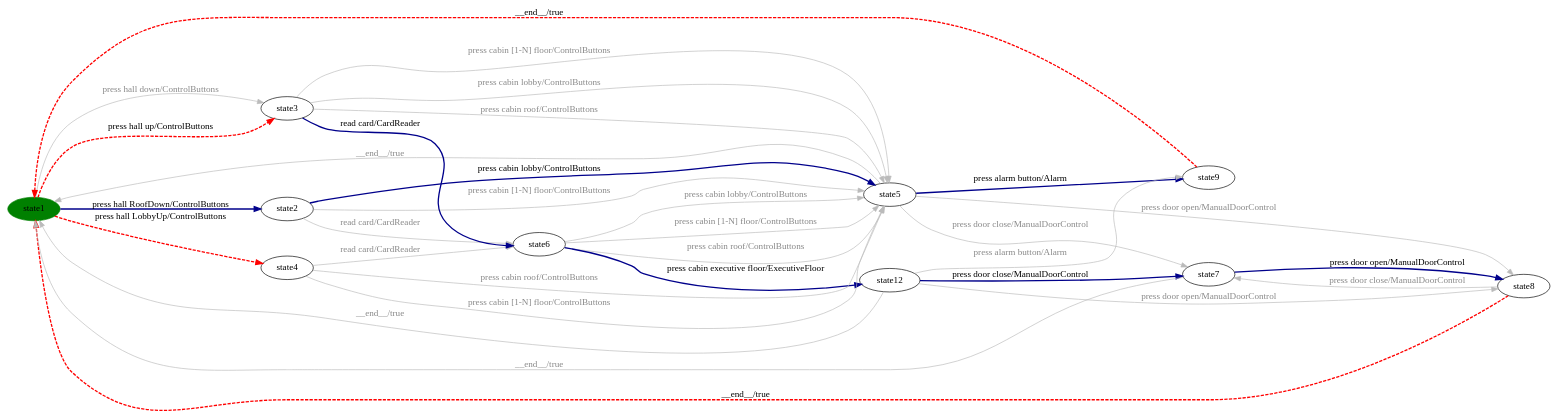
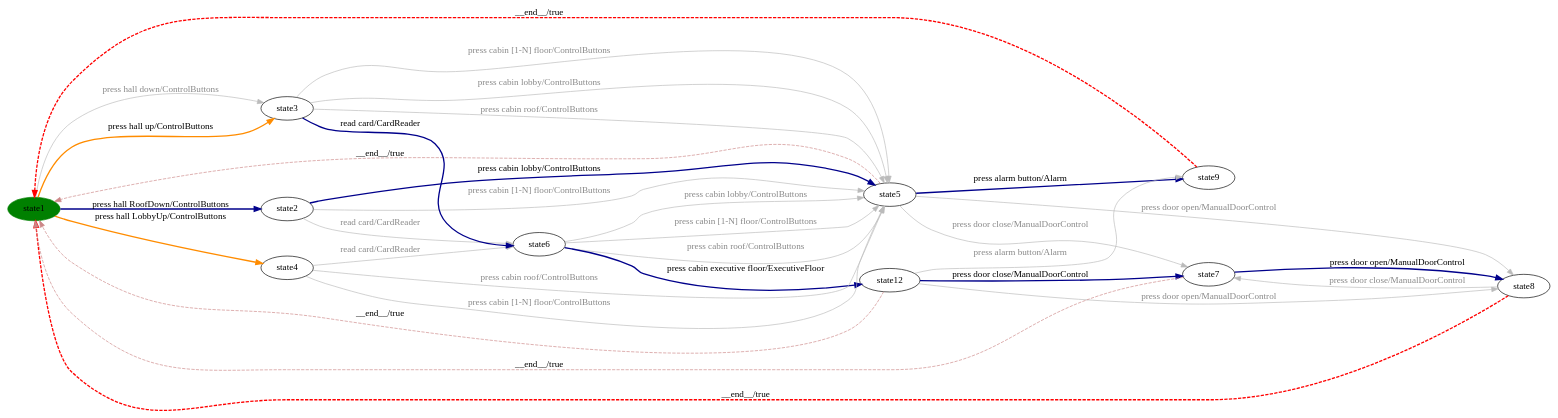
One commit to dilekozturk93/vibes changed the diagram in milestone-reports/per-product-all-states/Elevator/Elevator-product34-walk.dot. Above: the diagram before and after it, drawn with Graphviz. The commit also changed 152 other files, not shown here.

```diff
--- a/milestone-reports/per-product-all-states/Elevator/Elevator-product34-walk.dot
+++ b/milestone-reports/per-product-all-states/Elevator/Elevator-product34-walk.dot
@@ -1,44 +1,44 @@
 digraph G {
 rankdir=LR;
 state0[ label = "state1", style=filled, color=green ];
 state1 [ label = "state9" ];
 state2 [ label = "state6" ];
 state3 [ label = "state5" ];
 state4 [ label = "state12" ];
 state5 [ label = "state8" ];
 state6 [ label = "state7" ];
 state7 [ label = "state2" ];
 state8 [ label = "state4" ];
 state9 [ label = "state3" ];
 state0 -> state7 [ label=" press hall RoofDown/ControlButtons ", style=bold, color=darkblue, penwidth=2 ];
 state4 -> state1 [ label=" press alarm button/Alarm ", color="#bbbbbb", fontcolor="#888888" ];
 state8 -> state3 [ label=" press cabin roof/ControlButtons ", color="#bbbbbb", fontcolor="#888888" ];
 state4 -> state6 [ label=" press door close/ManualDoorControl ", style=bold, color=darkblue, penwidth=2 ];
 state3 -> state1 [ label=" press alarm button/Alarm ", style=bold, color=darkblue, penwidth=2 ];
 state8 -> state3 [ label=" press cabin [1-N] floor/ControlButtons ", color="#bbbbbb", fontcolor="#888888" ];
 state3 -> state5 [ label=" press door open/ManualDoorControl ", color="#bbbbbb", fontcolor="#888888" ];
 state8 -> state2 [ label=" read card/CardReader ", color="#bbbbbb", fontcolor="#888888" ];
 state3 -> state6 [ label=" press door close/ManualDoorControl ", color="#bbbbbb", fontcolor="#888888" ];
-state6 -> state0 [ label=" __end__/true ", color="#bbbbbb", fontcolor="#888888" ];
+state6 -> state0 [ label=" __end__/true ", style=dashed, color="#cc8888" ];
 state7 -> state3 [ label=" press cabin lobby/ControlButtons ", style=bold, color=darkblue, penwidth=2 ];
 state9 -> state3 [ label=" press cabin [1-N] floor/ControlButtons ", color="#bbbbbb", fontcolor="#888888" ];
 state4 -> state5 [ label=" press door open/ManualDoorControl ", color="#bbbbbb", fontcolor="#888888" ];
 state2 -> state3 [ label=" press cabin lobby/ControlButtons ", color="#bbbbbb", fontcolor="#888888" ];
 state2 -> state3 [ label=" press cabin [1-N] floor/ControlButtons ", color="#bbbbbb", fontcolor="#888888" ];
 state2 -> state4 [ label=" press cabin executive floor/ExecutiveFloor ", style=bold, color=darkblue, penwidth=2 ];
 state1 -> state0 [ label=" __end__/true ", style=dashed, color=red, penwidth=2 ];
-state0 -> state9 [ label=" press hall up/ControlButtons ", style=dashed, color=red, penwidth=2 ];
+state0 -> state9 [ label=" press hall up/ControlButtons ", style=bold, color=darkorange, penwidth=2 ];
 state5 -> state6 [ label=" press door close/ManualDoorControl ", color="#bbbbbb", fontcolor="#888888" ];
 state9 -> state2 [ label=" read card/CardReader ", style=bold, color=darkblue, penwidth=2 ];
 state7 -> state3 [ label=" press cabin [1-N] floor/ControlButtons ", color="#bbbbbb", fontcolor="#888888" ];
 state2 -> state3 [ label=" press cabin roof/ControlButtons ", color="#bbbbbb", fontcolor="#888888" ];
 state5 -> state0 [ label=" __end__/true ", style=dashed, color=red, penwidth=2 ];
 state9 -> state3 [ label=" press cabin lobby/ControlButtons ", color="#bbbbbb", fontcolor="#888888" ];
-state4 -> state0 [ label=" __end__/true ", color="#bbbbbb", fontcolor="#888888" ];
+state4 -> state0 [ label=" __end__/true ", style=dashed, color="#cc8888" ];
 state9 -> state3 [ label=" press cabin roof/ControlButtons ", color="#bbbbbb", fontcolor="#888888" ];
 state6 -> state5 [ label=" press door open/ManualDoorControl ", style=bold, color=darkblue, penwidth=2 ];
 state7 -> state2 [ label=" read card/CardReader ", color="#bbbbbb", fontcolor="#888888" ];
 state0 -> state9 [ label=" press hall down/ControlButtons ", color="#bbbbbb", fontcolor="#888888" ];
-state0 -> state8 [ label=" press hall LobbyUp/ControlButtons ", style=dashed, color=red, penwidth=2 ];
-state3 -> state0 [ label=" __end__/true ", color="#bbbbbb", fontcolor="#888888" ];
+state0 -> state8 [ label=" press hall LobbyUp/ControlButtons ", style=bold, color=darkorange, penwidth=2 ];
+state3 -> state0 [ label=" __end__/true ", style=dashed, color="#cc8888" ];
 }
```
